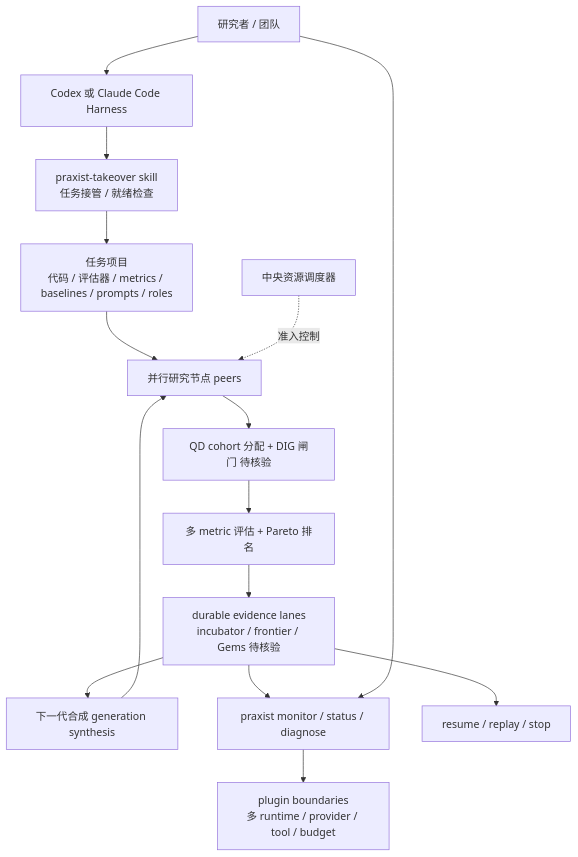
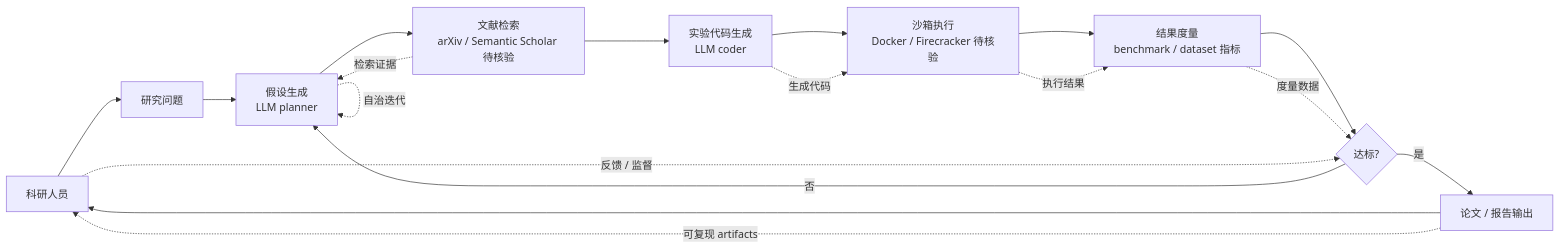
Before and after one commit to aiutil/github-researcher: the diagram in projects/praxist.md, drawn with Mermaid. The commit also changed other lines of this file and 30 other files, not shown here.

Commit message:
daily: 2026-09-07 趋势简报 + 10个项目档案（OpenBot/cumora/PRAXIST/m3e-canvas/sepia/fastpotify/human-atlas/codenotch/okf-agent-memory/codex-with-chatgpt）

````diff
--- a/projects/praxist.md
+++ b/projects/praxist.md
@@ -61,17 +62,20 @@
 ```mermaid
-flowchart TB
-  User[研究者 / 团队] --> H[Codex 或 Claude Code Harness]
-  H --> Takeover[praxist-takeover skill<br/>任务接管 / 就绪检查]
-  Takeover --> TaskProj[任务项目<br/>代码 / 评估器 / metrics / baselines / prompts / roles]
-  TaskProj --> Peers[并行研究节点 peers]
-  Peers --> QD[QD cohort 分配 + DIG 闸门 待核验]
-  QD --> Eval[多 metric 评估 + Pareto 排名]
-  Eval --> Evidence[durable evidence lanes<br/>incubator / frontier / Gems 待核验]
-  Evidence --> NextGen[下一代合成 generation synthesis]
-  NextGen --> Peers
-  Scheduler[中央资源调度器] -. 准入控制 .-> Peers
-  Evidence --> Monitor[praxist monitor / status / diagnose]
-  User --> Monitor
-  Evidence --> Resume[resume / replay / stop]
-  Monitor --> Plugins[plugin boundaries<br/>多 runtime / provider / tool / budget]
+flowchart LR
+  User[科研人员] --> Question[研究问题]
+  Question --> Hypothesis[假设生成<br/>LLM planner]
+  Hypothesis --> LitSearch[文献检索<br/>arXiv / Semantic Scholar 待核验]
+  LitSearch --> CodeGen[实验代码生成<br/>LLM coder]
+  CodeGen --> Sandbox[沙箱执行<br/>Docker / Firecracker 待核验]
+  Sandbox --> Metric[结果度量<br/>benchmark / dataset 指标]
+  Metric --> Decision{达标?}
+  Decision -->|否| Hypothesis
+  Decision -->|是| Report[论文 / 报告输出]
+  Report --> User
+  Hypothesis -.自治迭代.-> Hypothesis
+  LitSearch -.检索证据.-> Hypothesis
+  CodeGen -.生成代码.-> Sandbox
+  Sandbox -.执行结果.-> Metric
+  Metric -.度量数据.-> Decision
+  Report -.可复现 artifacts.-> User
+  User -.反馈 / 监督.-> Decision
 ```
````
